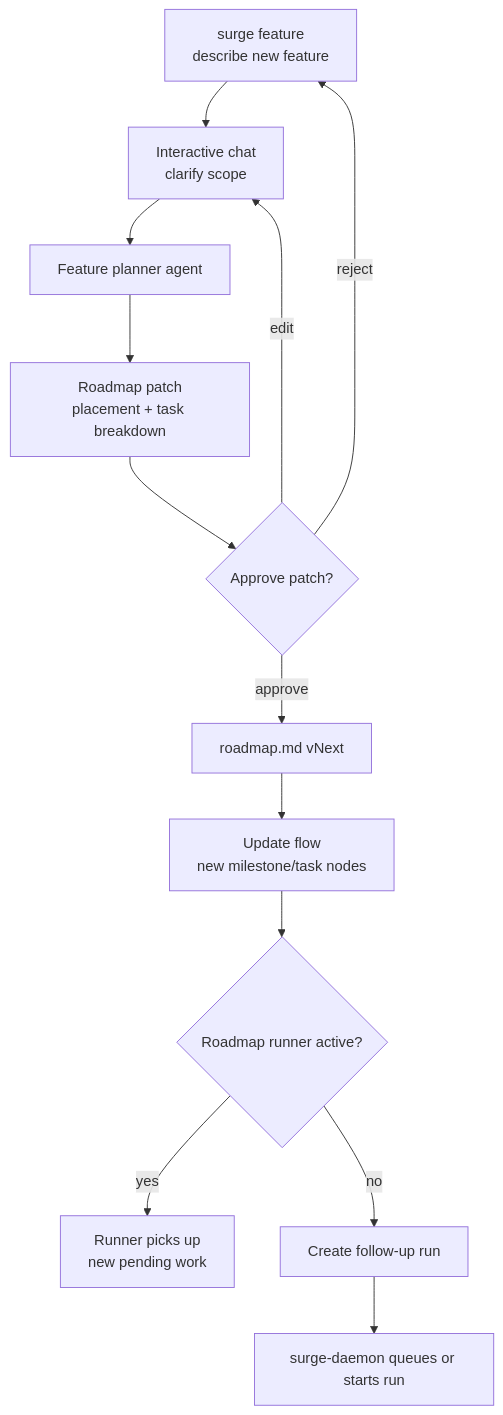
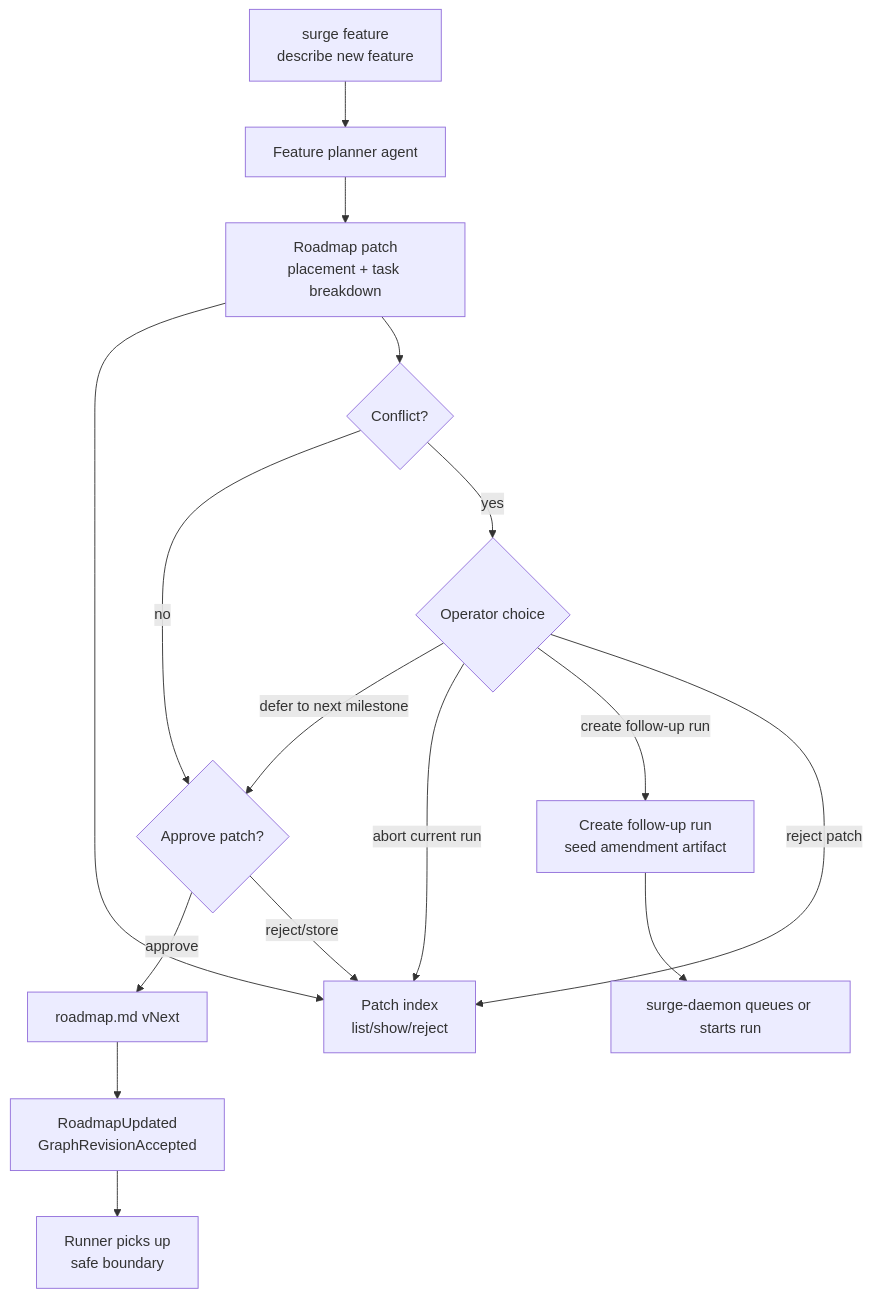
The sixth of 8 diagrams in docs/workflow.md (vanyastaff/surge), drawn with Mermaid before and after one commit. The commit also changed other lines of this file and 73 other files, not shown here.

Commit message:
feat: add roadmap amendment workflow

````diff
--- a/docs/workflow.md
+++ b/docs/workflow.md
@@ -268,27 +268,31 @@
 ```mermaid
 flowchart TD
     User[surge feature<br/>describe new feature]
-    Chat[Interactive chat<br/>clarify scope]
     FeatureAgent[Feature planner agent]
     Patch[Roadmap patch<br/>placement + task breakdown]
+    Conflict{Conflict?}
+    Choice{Operator choice}
     Decision{Approve patch?}
     RoadmapUpdate[roadmap.md vNext]
-    FlowUpdate[Update flow<br/>new milestone/task nodes]
-    RunnerState{Roadmap runner active?}
-    ActiveRunner[Runner picks up<br/>new pending work]
-    FollowUp[Create follow-up run]
+    Events[RoadmapUpdated<br/>GraphRevisionAccepted]
+    ActiveRunner[Runner picks up<br/>safe boundary]
+    FollowUp[Create follow-up run<br/>seed amendment artifact]
+    Registry[Patch index<br/>list/show/reject]
     Daemon[surge-daemon queues or starts run]
 
-    User --> Chat
-    Chat --> FeatureAgent
+    User --> FeatureAgent
     FeatureAgent --> Patch
-    Patch --> Decision
-    Decision -->|edit| Chat
-    Decision -->|reject| User
+    Patch --> Registry
+    Patch --> Conflict
+    Conflict -->|no| Decision
+    Conflict -->|yes| Choice
+    Choice -->|defer to next milestone| Decision
+    Choice -->|abort current run| Registry
+    Choice -->|create follow-up run| FollowUp
+    Choice -->|reject patch| Registry
     Decision -->|approve| RoadmapUpdate
-    RoadmapUpdate --> FlowUpdate
-    FlowUpdate --> RunnerState
-    RunnerState -->|yes| ActiveRunner
-    RunnerState -->|no| FollowUp
+    Decision -->|reject/store| Registry
+    RoadmapUpdate --> Events
+    Events --> ActiveRunner
     FollowUp --> Daemon
 ```
````
